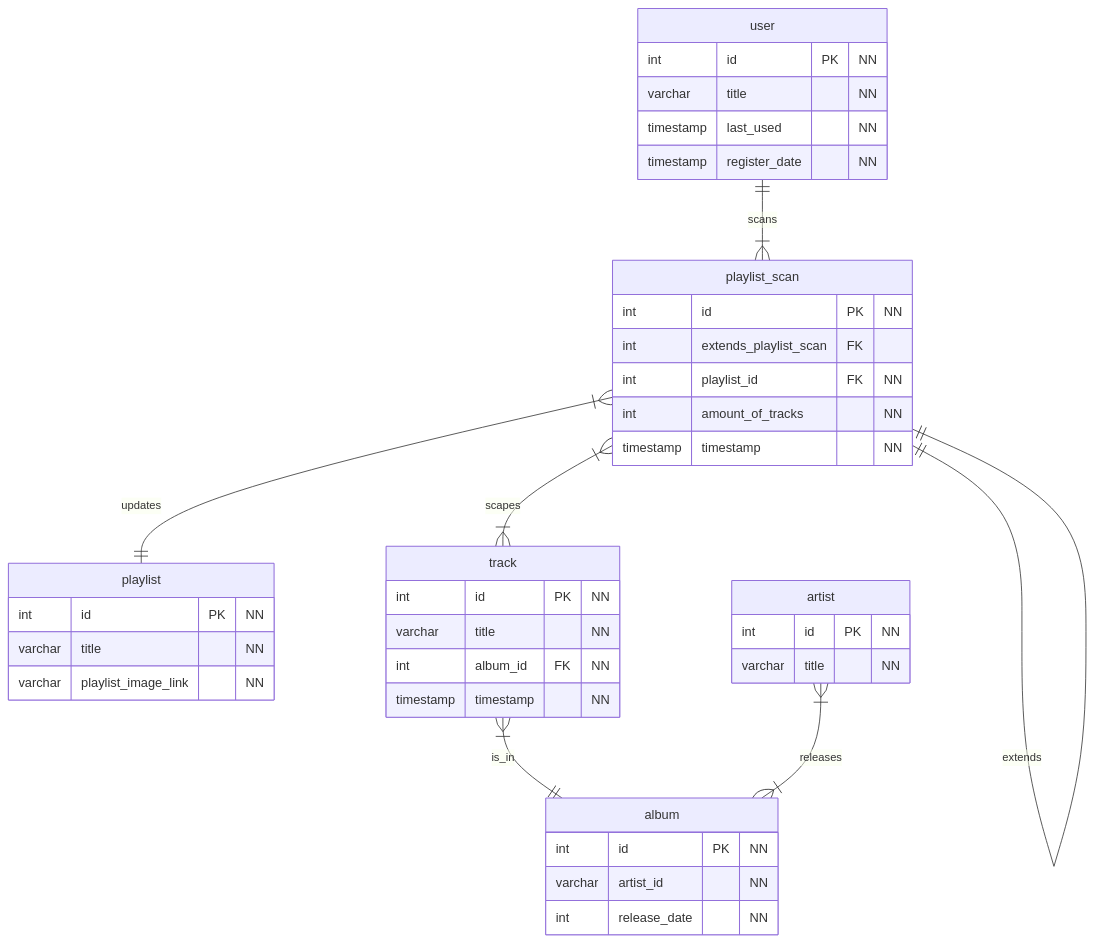
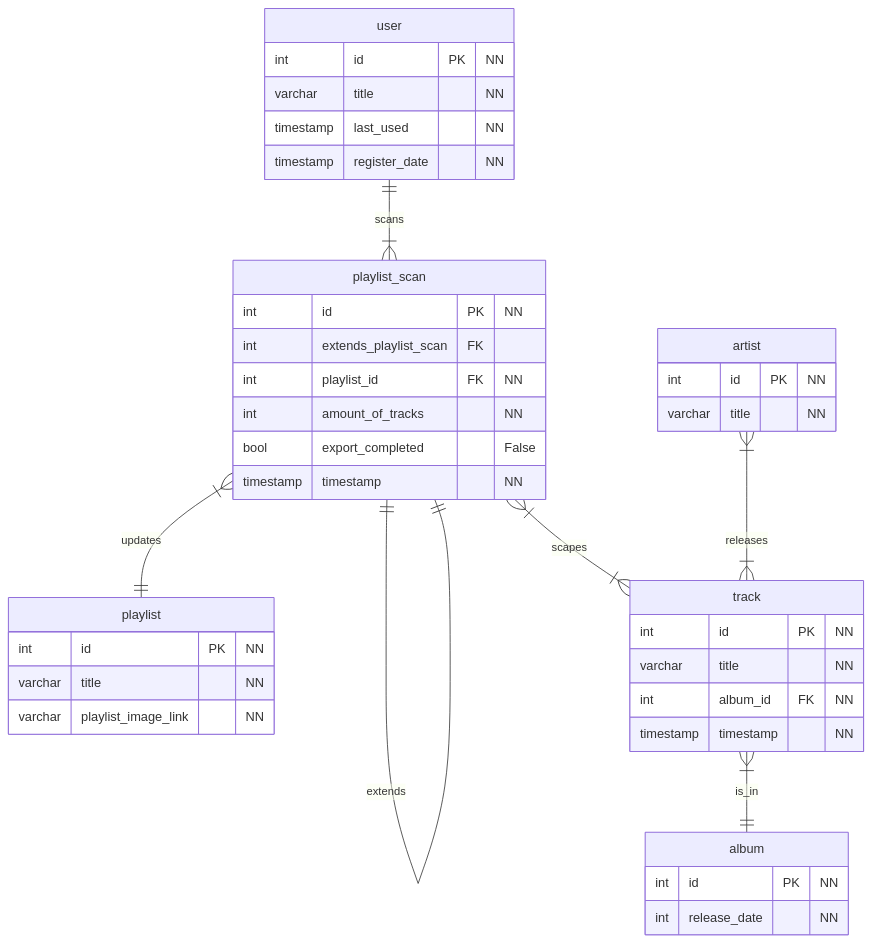
One commit to david-auk/Mixster changed the diagram in README.md. Above: the diagram before and after it, drawn with Mermaid. The commit also changed 6 other files, not shown here.

````diff
--- a/README.md
+++ b/README.md
@@ -43,51 +43,51 @@
 ```mermaid
 erDiagram
     playlist_scan {
         int id PK "NN"
         int extends_playlist_scan FK
         int playlist_id FK "NN"
         int amount_of_tracks "NN"
+        bool export_completed "False"
         timestamp timestamp "NN"
     }
 
    playlist {
       int id PK "NN"
       varchar title "NN"
       varchar playlist_image_link "NN"
    }
     
     track {
         int id PK "NN"
         varchar title "NN"
         int album_id FK "NN"
         timestamp timestamp "NN"
     }
     
     album {
         int id PK "NN"
-        varchar artist_id "NN"
         int release_date "NN"
     }
     
     artist {
         int id PK "NN"
         varchar title "NN"
     }
     
     user {
         int id PK "NN"
         varchar title "NN"
         timestamp last_used "NN"
         timestamp register_date "NN"
     }
     
     %% Relations
     
     user ||--|{ playlist_scan : "scans"
     playlist_scan }|--|| playlist : "updates"
     playlist_scan }|--|{ track : "scapes"
     playlist_scan ||--|| playlist_scan : "extends"
     track }|--|| album : "is_in"
-    artist }|--|{ album : "releases"
+    artist }|--|{ track : "releases"
     
 ```
````
